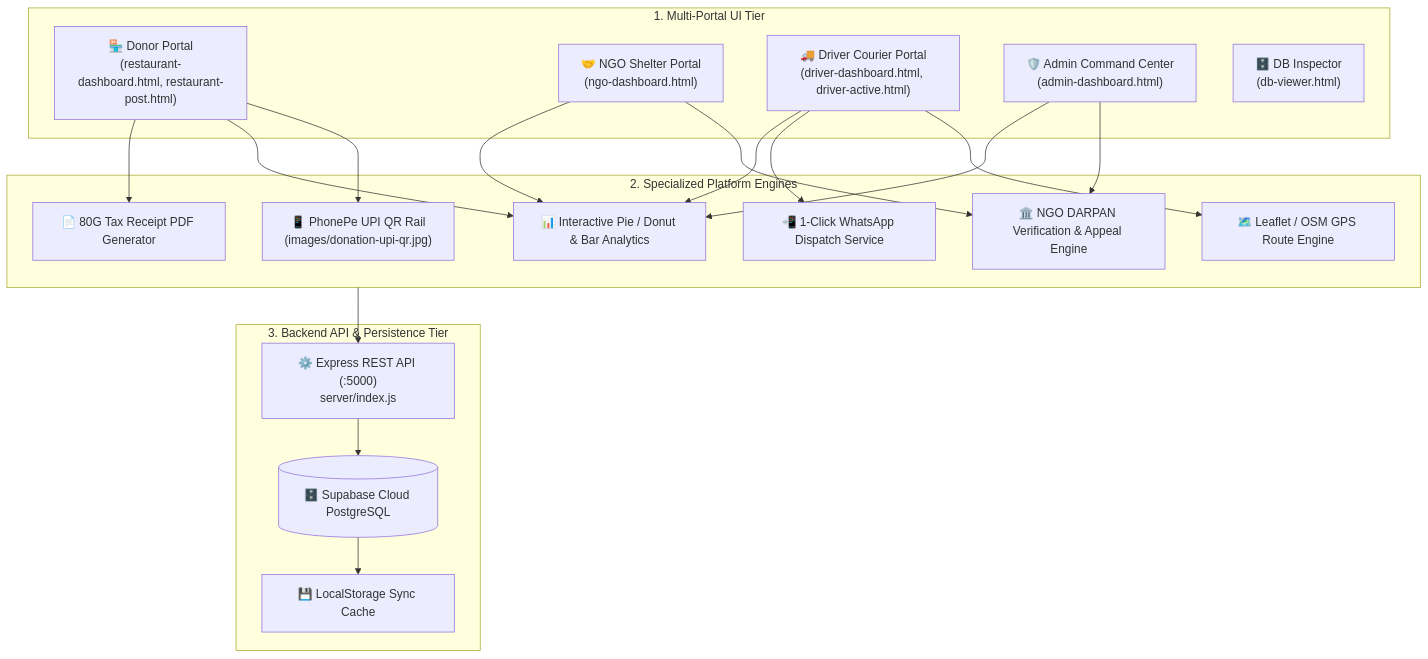
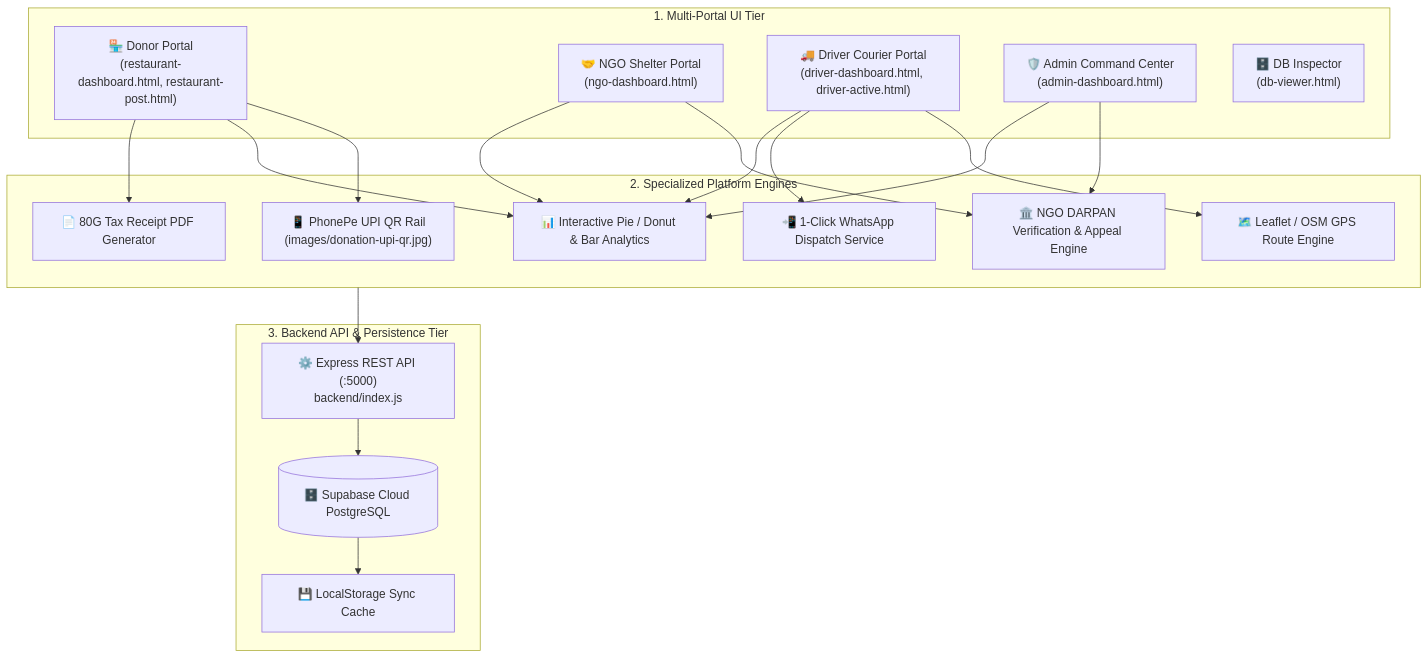
The diagram in README.md (sachinjatavat/Shelter), drawn with Mermaid before and after one commit. The commit also changed other lines of this file and 91 other files, not shown here.

Commit message:
refactor: reorganize project into clean frontend, backend, and database architecture

````diff
--- a/README.md
+++ b/README.md
@@ -150,39 +150,39 @@
 ```mermaid
 flowchart TD
     subgraph FRONTEND["1. Multi-Portal UI Tier"]
         R["🏪 Donor Portal<br/>(restaurant-dashboard.html, restaurant-post.html)"]
         N["🤝 NGO Shelter Portal<br/>(ngo-dashboard.html)"]
         D["🚚 Driver Courier Portal<br/>(driver-dashboard.html, driver-active.html)"]
         A["🛡️ Admin Command Center<br/>(admin-dashboard.html)"]
         DBV["🗄️ DB Inspector<br/>(db-viewer.html)"]
     end
 
     subgraph ENGINES["2. Specialized Platform Engines"]
         UPI["📱 PhonePe UPI QR Rail<br/>(images/donation-upi-qr.jpg)"]
         CHARTS["📊 Interactive Pie / Donut & Bar Analytics"]
         MAPS["🗺️ Leaflet / OSM GPS Route Engine"]
         WA["📲 1-Click WhatsApp Dispatch Service"]
         PDF["📄 80G Tax Receipt PDF Generator"]
         DARPAN["🏛️ NGO DARPAN Verification & Appeal Engine"]
     end
 
     subgraph BACKEND["3. Backend API & Persistence Tier"]
-        API["⚙️ Express REST API (:5000)<br/>server/index.js"]
+        API["⚙️ Express REST API (:5000)<br/>backend/index.js"]
         DB[(🗄️ Supabase Cloud PostgreSQL)]
         LS["💾 LocalStorage Sync Cache"]
     end
 
     R --> UPI
     R --> CHARTS
     R --> PDF
     N --> DARPAN
     N --> CHARTS
     D --> MAPS
     D --> WA
     D --> CHARTS
     A --> DARPAN
     A --> CHARTS
     ENGINES --> API
     API --> DB
     DB --> LS
 ```
````
